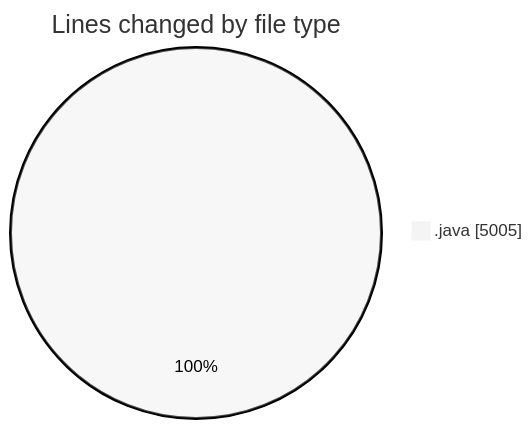
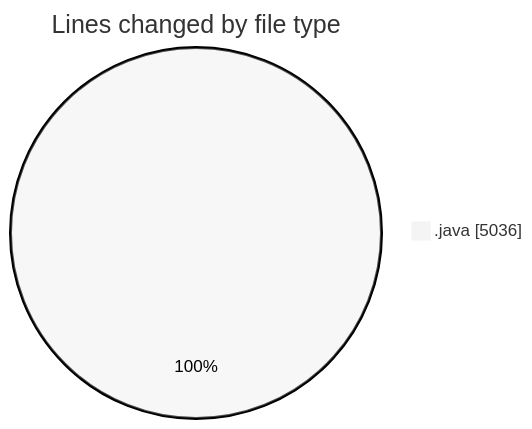
The first of 2 diagrams in 2026-04-30/cilapp/README.md (ricardozamudiocil/code-tracking), drawn with Mermaid (neutral theme) before and after one commit. The commit also changed other lines of this file and 1 other file, not shown here.

````diff
--- a/2026-04-30/cilapp/README.md
+++ b/2026-04-30/cilapp/README.md
@@ -24,5 +24,5 @@
 ```mermaid
 pie showData
 title Lines changed by file type
-".java" : 5005
+".java" : 5036
 ```
````
